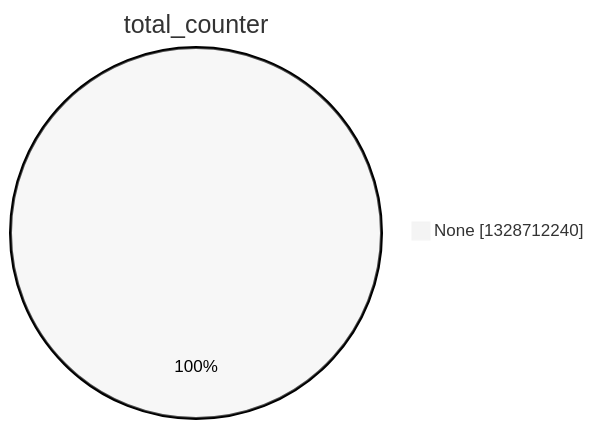
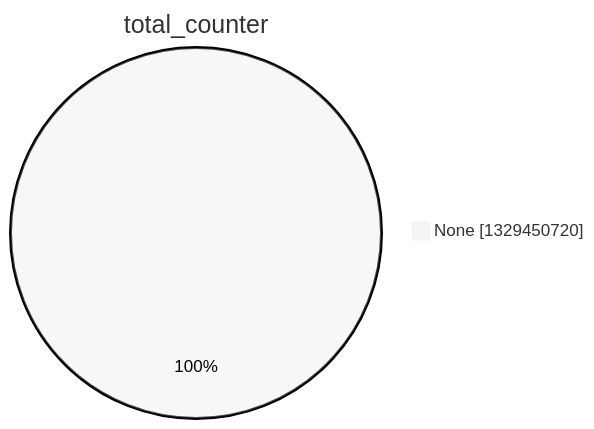
Before and after one commit to christiankrug/ctmonitor_visualization: the second of 15 diagrams in argon2022/README.md, drawn with Mermaid (neutral theme). The commit also changed other lines of this file, not shown here.

````diff
--- a/argon2022/README.md
+++ b/argon2022/README.md
@@ -9,5 +9,5 @@
 ```mermaid
 pie showData
 title total_counter
-"None" :1328712240
+"None" :1329450720
 ```
````
